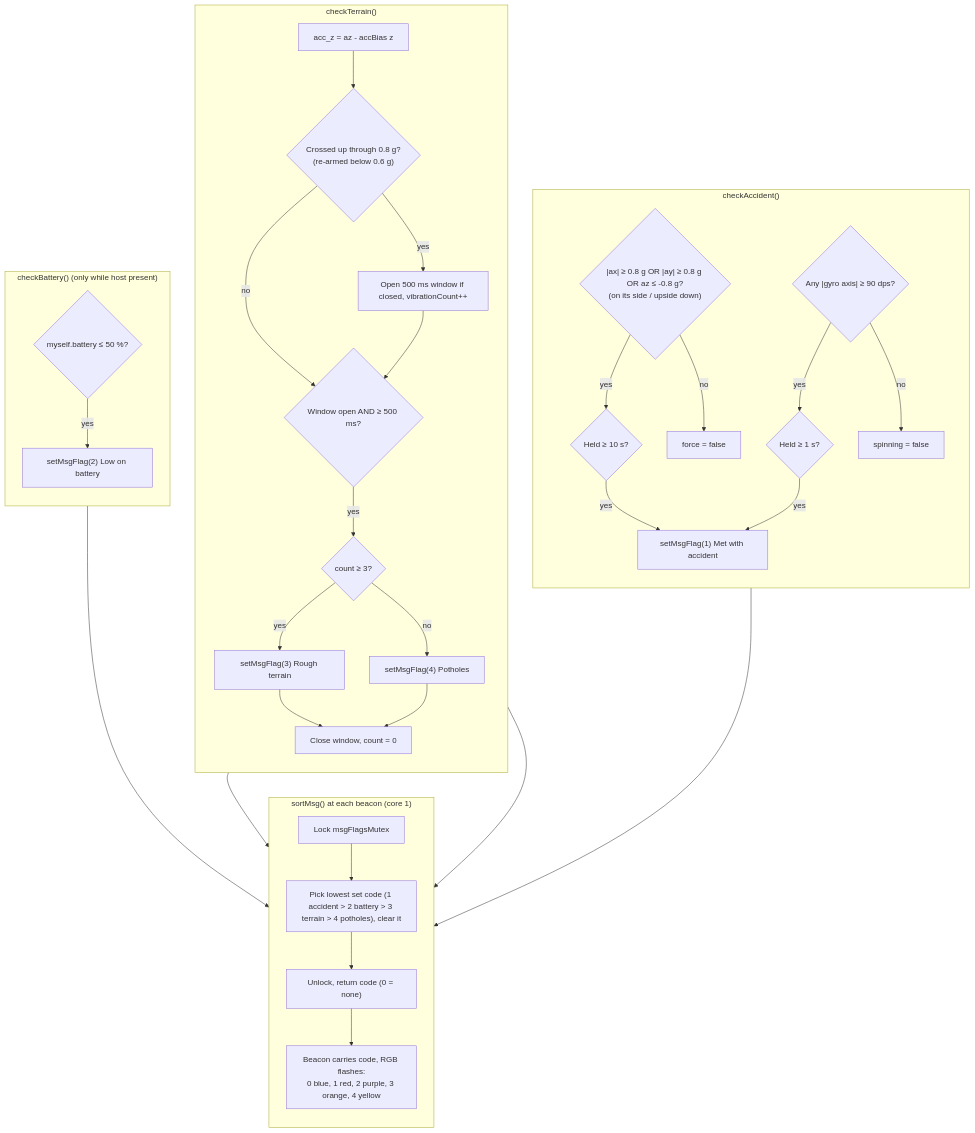
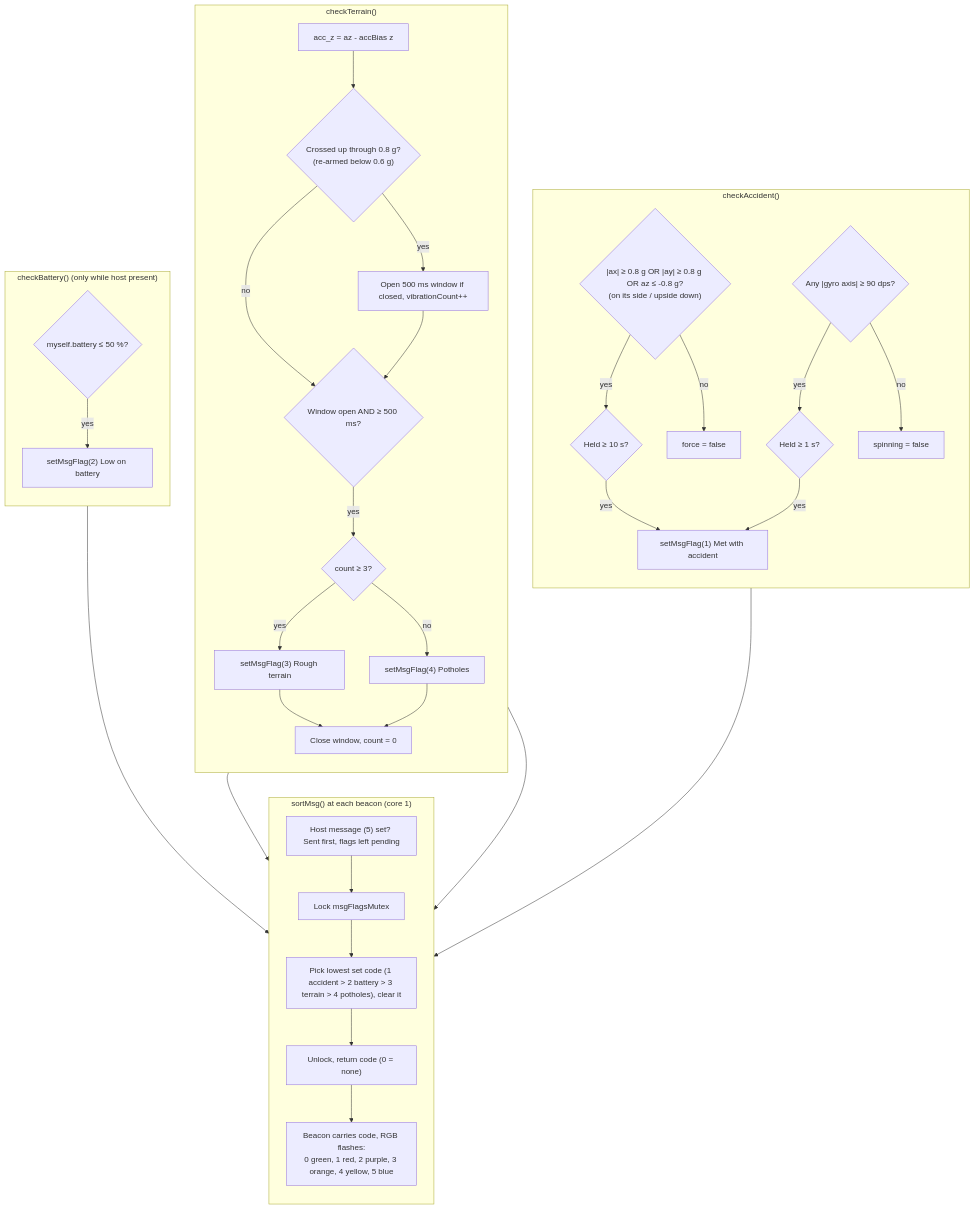
One commit to Sharaav13/TUKZIE-V2X-VANET changed the eighth of 9 diagrams in firmware/docs/firmware-diagrams.md. Above: the diagram before and after it, drawn with Mermaid. The commit also changed other lines of this file and 18 other files, not shown here.

````diff
--- a/firmware/docs/firmware-diagrams.md
+++ b/firmware/docs/firmware-diagrams.md
@@ -624,42 +634,43 @@
 ```mermaid
 flowchart TD
     subgraph ACC["checkAccident()"]
         direction TB
         A1{"|ax| ≥ 0.8 g OR |ay| ≥ 0.8 g OR az ≤ -0.8 g?<br/>(on its side / upside down)"}
         A1 -- yes --> A2{"Held ≥ 10 s?"} -- yes --> A3["setMsgFlag(1) Met with accident"]
         A1 -- no --> A4["force = false"]
         A5{"Any |gyro axis| ≥ 90 dps?"}
         A5 -- yes --> A6{"Held ≥ 1 s?"} -- yes --> A3
         A5 -- no --> A7["spinning = false"]
     end
 
     subgraph TER["checkTerrain()"]
         direction TB
         T1["acc_z = az - accBias z"] --> T2{"Crossed up through 0.8 g?<br/>(re-armed below 0.6 g)"}
         T2 -- yes --> T3["Open 500 ms window if closed, vibrationCount++"]
         T2 -- no --> T4
         T3 --> T4{"Window open AND ≥ 500 ms?"}
         T4 -- yes --> T5{"count ≥ 3?"}
         T5 -- yes --> T6["setMsgFlag(3) Rough terrain"]
         T5 -- no --> T7["setMsgFlag(4) Potholes"]
         T6 --> T8["Close window, count = 0"]
         T7 --> T8
     end
 
     subgraph BAT["checkBattery() (only while host present)"]
         direction TB
         B1{"myself.battery ≤ 50 %?"} -- yes --> B2["setMsgFlag(2) Low on battery"]
     end
 
     subgraph PRI["sortMsg() at each beacon (core 1)"]
         direction TB
-        P1["Lock msgFlagsMutex"] --> P2["Pick lowest set code (1 accident > 2 battery > 3 terrain > 4 potholes), clear it"]
+        P0["Host message (5) set? Sent first, flags left pending"] --> P1["Lock msgFlagsMutex"]
+        P1 --> P2["Pick lowest set code (1 accident > 2 battery > 3 terrain > 4 potholes), clear it"]
         P2 --> P3["Unlock, return code (0 = none)"]
-        P3 --> P4["Beacon carries code, RGB flashes:<br/>0 blue, 1 red, 2 purple, 3 orange, 4 yellow"]
+        P3 --> P4["Beacon carries code, RGB flashes:<br/>0 green, 1 red, 2 purple, 3 orange, 4 yellow, 5 blue"]
     end
 
     A3 --> PRI
     T6 --> PRI
     T7 --> PRI
     B2 --> PRI
 ```
````
